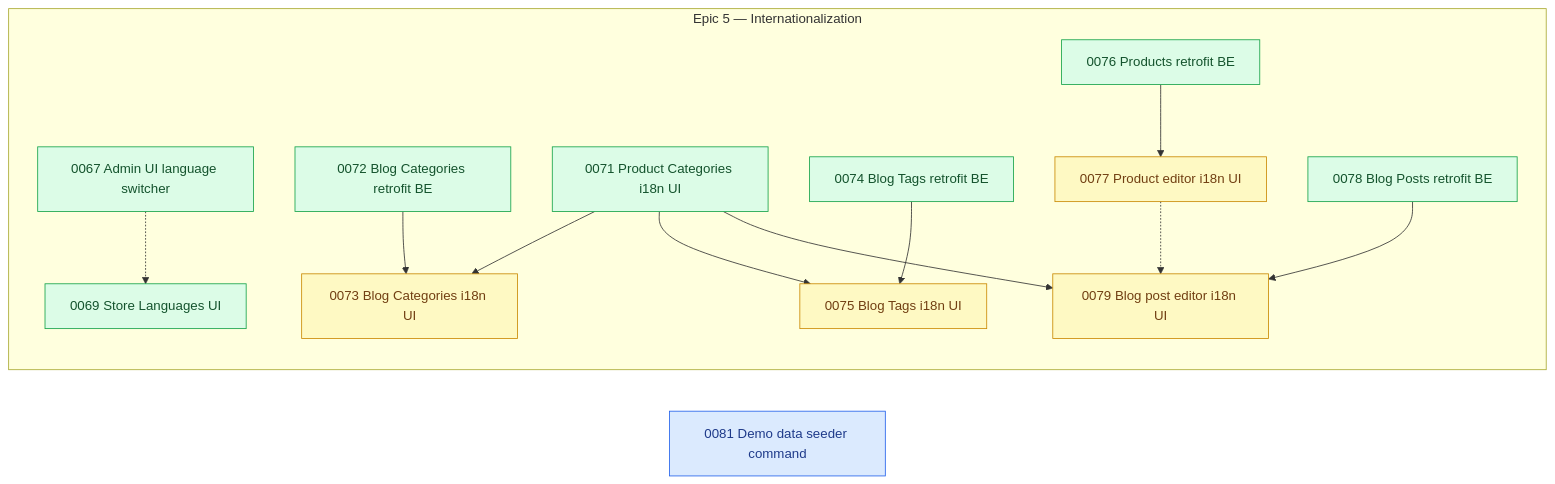
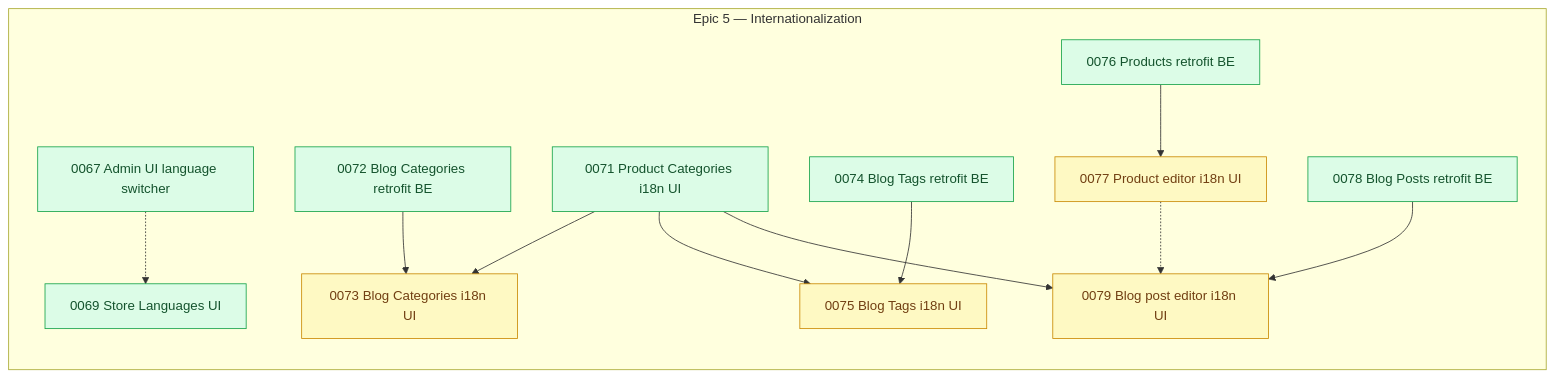
The diagram in arospe/ai-spec/tasks-map.md (shojen/AI4Devs-finalproject), drawn with Mermaid before and after one commit. The commit also changed other lines of this file and 2 other files, not shown here.

First line of the commit message:
docs(tasks): close story 0081, move task file to done/

````diff
--- a/arospe/ai-spec/tasks-map.md
+++ b/arospe/ai-spec/tasks-map.md
@@ -422,7 +443,9 @@
     end
 
     %% Standalone (no PRD epic)
-    P0081["0081 Demo data seeder command"]
+    %% (P0081's own node dropped: 0081 closed to done/ this pass, per the update at the top of this
+    %% file. It had no incoming edge of its own -- no pending task named it as a depends_on blocker
+    %% -- so removing it re-derives nothing further.)
 
     %% Customers and Orders core
     %% (0042/0043 -> 0044, and 0041/0024/0029/0035/0036/0038 -> 0045, are all satisfied now that
@@ -490,5 +513,4 @@
 
     class P0073,P0075,P0077,P0079 pending;
     class P0067,P0069,P0071,P0072,P0074,P0076,P0078 ready;
-    class P0081 claimed;
 ```
````
